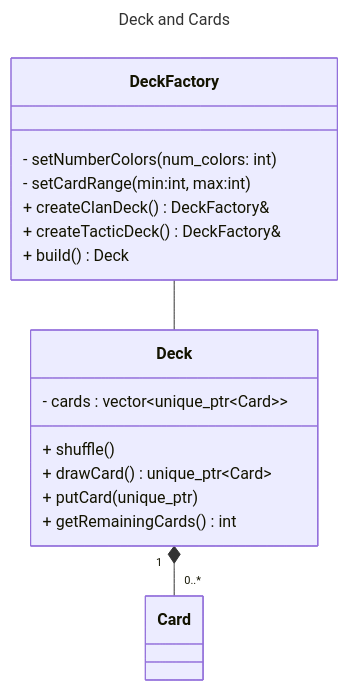
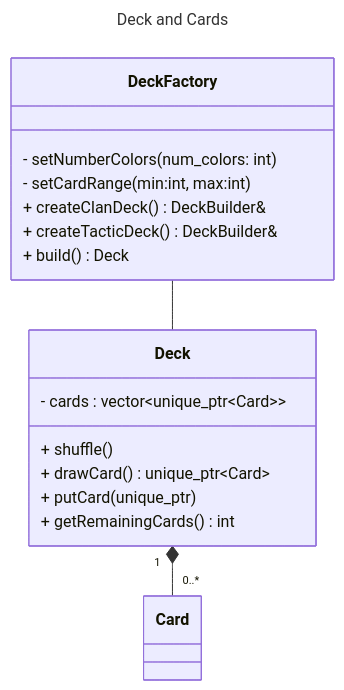
The first of 3 diagrams in documentation/rapport_2.md (kilaposhi/Schotten-Totten), drawn with Mermaid before and after one commit. The commit also changed other lines of this file and 3 other files, not shown here.

````diff
--- a/documentation/rapport_2.md
+++ b/documentation/rapport_2.md
@@ -15,25 +15,27 @@
 ```mermaid
 ---
 title : Deck and Cards
 ---
 classDiagram
 
-DeckFactory -- Deck
-Deck "1" *-- "0..*" Card
-class DeckFactory{
-- setNumberColors(num_colors: int)
-- setCardRange(min:int, max:int)
-+ createClanDeck() DeckFactory&
-+ createTacticDeck() DeckFactory&
-+ build() Deck
-}
+    DeckFactory -- Deck
+    Deck "1" *-- "0..*" Card
+    
+    class DeckFactory{
+        - setNumberColors(num_colors: int)
+        - setCardRange(min:int, max:int)
+        + createClanDeck() DeckBuilder&
+        + createTacticDeck() DeckBuilder&
+        + build() Deck
+    }
 
-class Deck{
-- cards : vector~unique_ptr~Card~~
-+ shuffle()
-+ drawCard() unique_ptr~Card~
-+ putCard(unique_ptr<Card>)
-+ getRemainingCards() int
-}
+    class Deck{
+        - cards : vector~unique_ptr~Card~~
+        + shuffle()
+        + drawCard() unique_ptr~Card~
+        + putCard(unique_ptr<Card>)
+        + getRemainingCards() int
+    }
+
 
 ```
````
